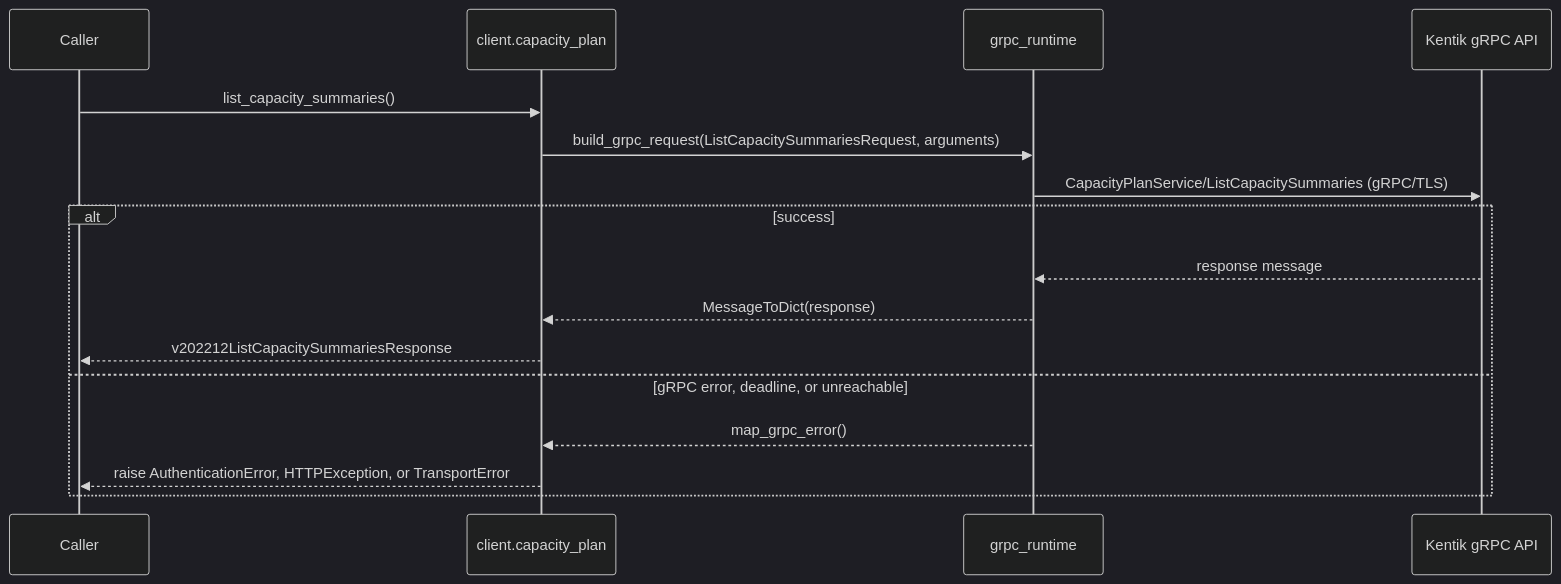
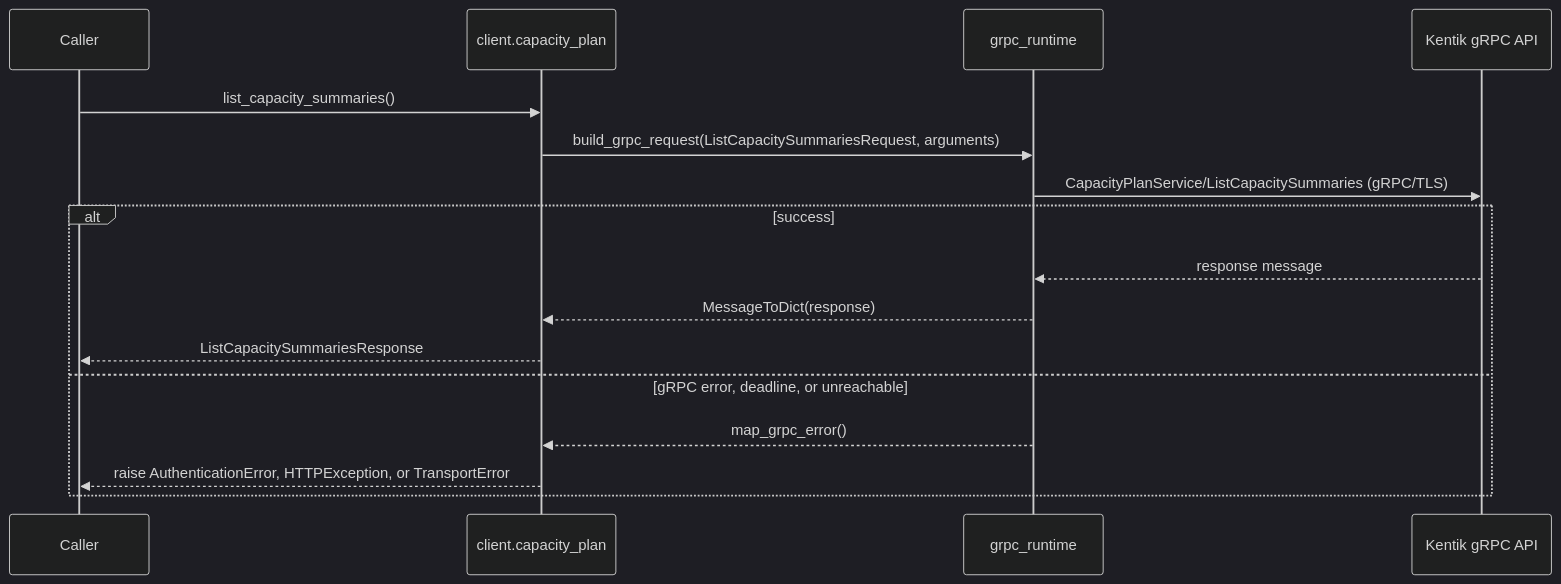
The fifth of 10 diagrams in docs/sphinx/services/capacity_plan.md (alexdearaujo/community_sdk_python), drawn with Mermaid (dark theme) before and after one commit. The commit also changed other lines of this file and 38 other files, not shown here.

````diff
--- a/docs/sphinx/services/capacity_plan.md
+++ b/docs/sphinx/services/capacity_plan.md
@@ -127,19 +127,19 @@
 ```mermaid
 sequenceDiagram
     participant C as Caller
     participant W as client.capacity_plan
     participant R as grpc_runtime
     participant API as Kentik gRPC API
 
     C->>W: list_capacity_summaries()
     W->>R: build_grpc_request(ListCapacitySummariesRequest, arguments)
     R->>API: CapacityPlanService/ListCapacitySummaries (gRPC/TLS)
     alt success
         API-->>R: response message
         R-->>W: MessageToDict(response)
-        W-->>C: v202212ListCapacitySummariesResponse
+        W-->>C: ListCapacitySummariesResponse
     else gRPC error, deadline, or unreachable
         R-->>W: map_grpc_error()
         W-->>C: raise AuthenticationError, HTTPException, or TransportError
     end
 ```
````
